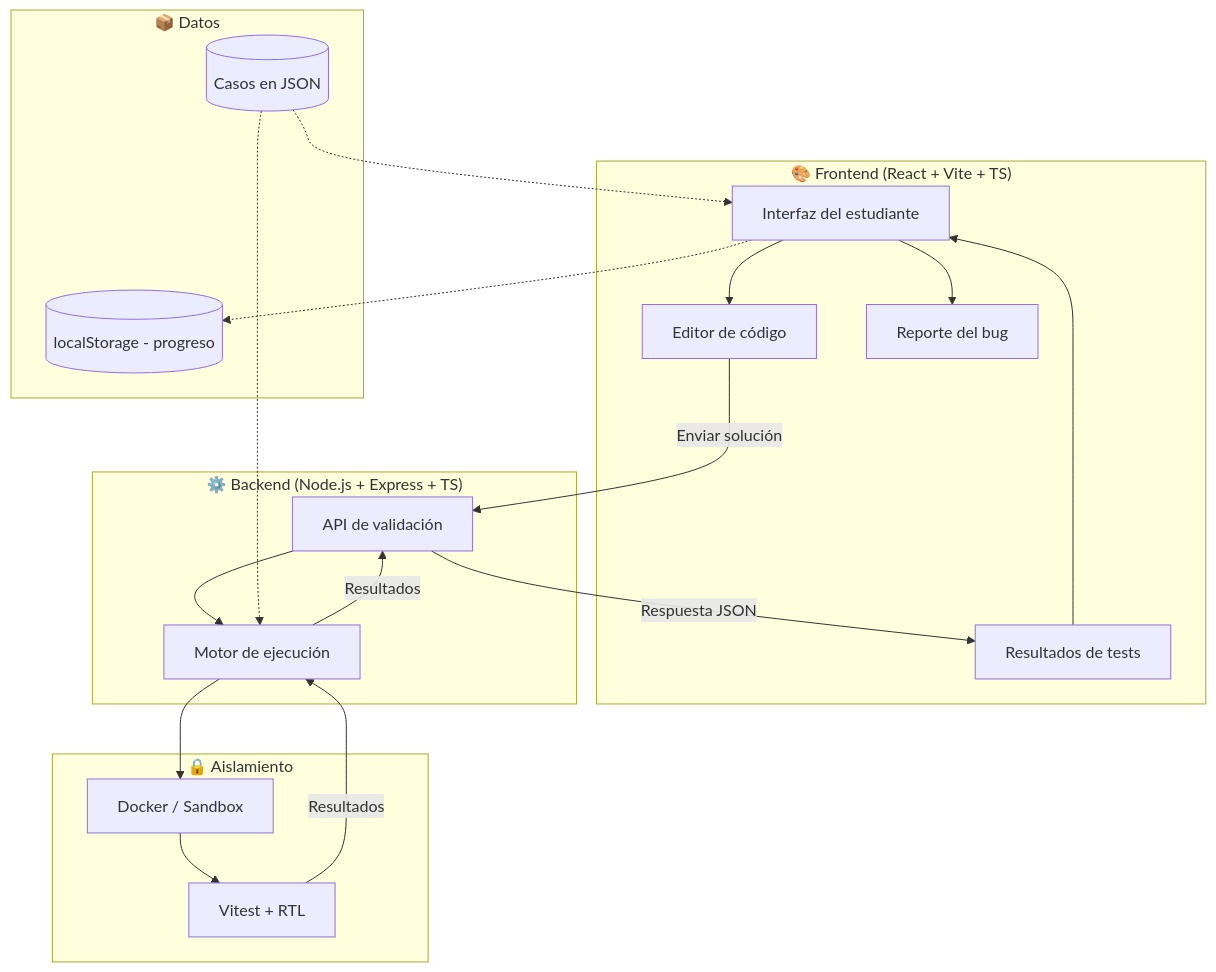
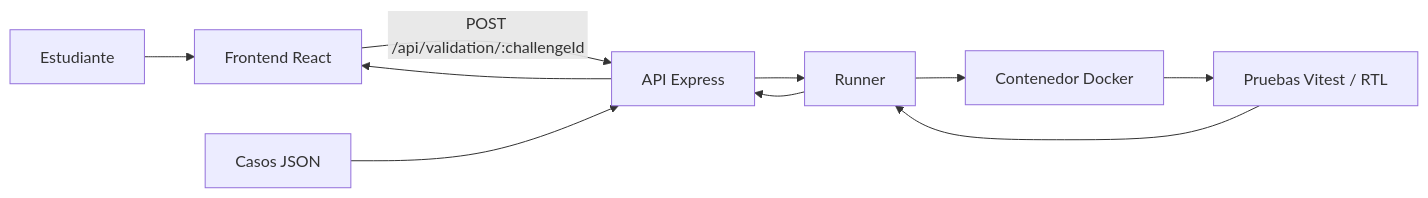
Before and after one commit to AstronomicalDeveloper/BugLab: the first of 2 diagrams in docs/architecture.md, drawn with Mermaid. The commit also changed other lines of this file, not shown here.

Commit message:
docs: update docs/architecture.md for retired hackathon MVP

````diff
--- a/docs/architecture.md
+++ b/docs/architecture.md
@@ -7,39 +7,12 @@
 ```mermaid
-flowchart TB
-    subgraph Frontend["🎨 Frontend (React + Vite + TS)"]
-        UI[Interfaz del estudiante]
-        Editor[Editor de código]
-        Report[Reporte del bug]
-        Results[Resultados de tests]
-    end
-
-    subgraph Backend["⚙️ Backend (Node.js + Express + TS)"]
-        API[API de validación]
-        Runner[Motor de ejecución]
-    end
-
-    subgraph Sandbox["🔒 Aislamiento"]
-        Docker[Docker / Sandbox]
-        Vitest[Vitest + RTL]
-    end
-
-    subgraph Data["📦 Datos"]
-        JSON[(Casos en JSON)]
-        LocalStorage[(localStorage - progreso)]
-    end
-
-    UI --> Report
-    UI --> Editor
-    Editor -- "Enviar solución" --> API
-    API --> Runner
-    Runner --> Docker
-    Docker --> Vitest
-    Vitest -- "Resultados" --> Runner
-    Runner -- "Resultados" --> API
-    API -- "Respuesta JSON" --> Results
-    Results --> UI
-
-    JSON -.-> UI
-    JSON -.-> Runner
-    UI -.-> LocalStorage
+flowchart LR
+    U[Estudiante] --> F[Frontend React]
+    F -->|POST /api/validation/:challengeId| A[API Express]
+    A --> R[Runner]
+    R --> D[Contenedor Docker]
+    D --> T[Pruebas Vitest / RTL]
+    T --> R
+    R --> A
+    A --> F
+    J[Casos JSON] --> A
 ```
````
